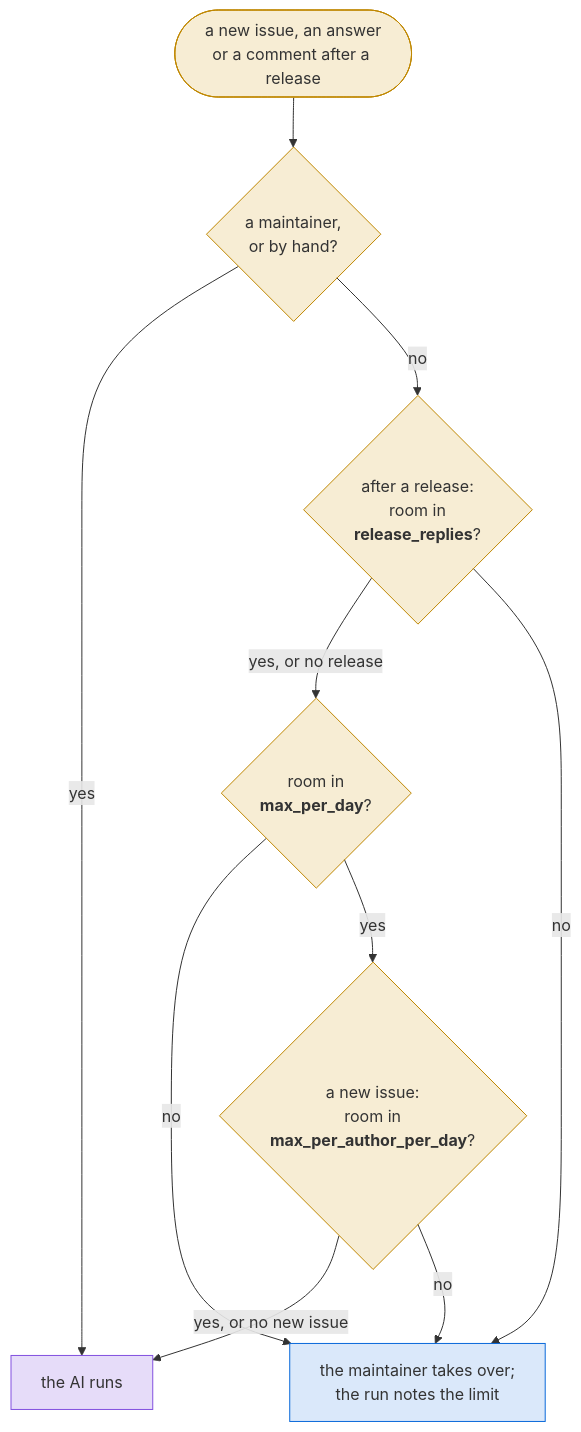
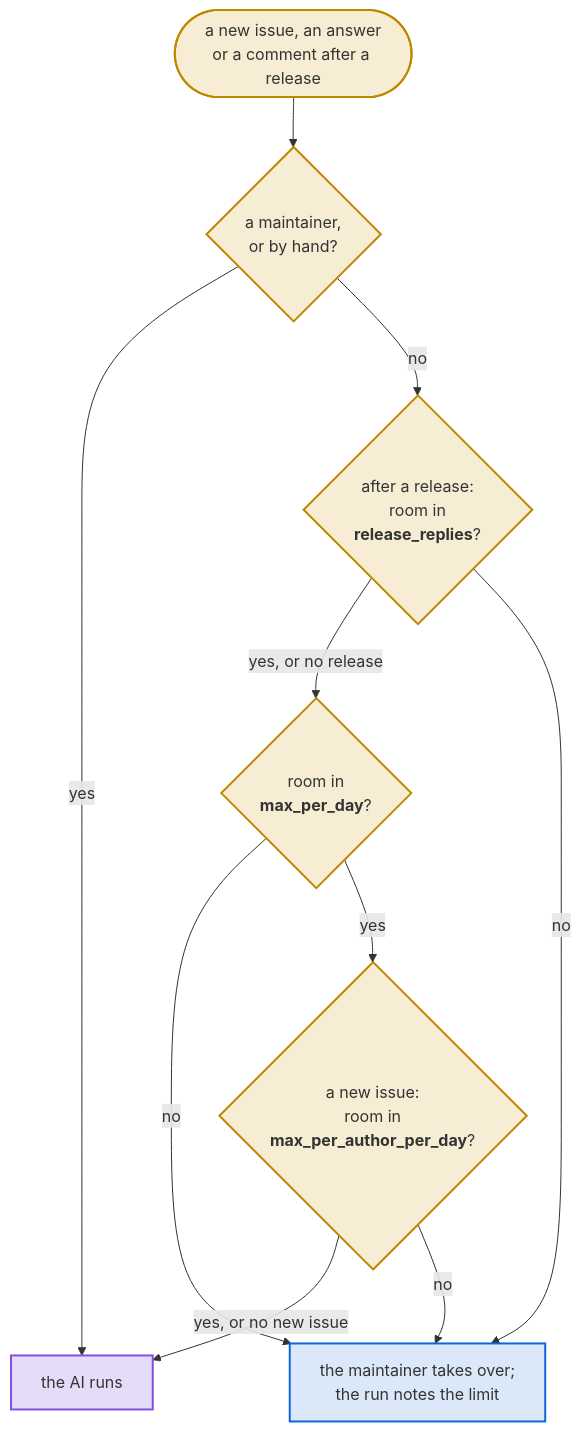
The seventh of 11 diagrams in README.md (Dennis-Otto/issue-assistant), drawn with Mermaid before and after one commit. The commit also changed other lines of this file and 4 other files, not shown here.

First line of the commit message:
docs: accessible top-to-bottom diagrams, and three new ones (#82)

````diff
--- a/README.md
+++ b/README.md
@@ -228,22 +293,22 @@
 ```mermaid
 flowchart TB
   accTitle: How the limits decide whether the AI runs
   accDescr: A new issue, an answer of the reporter or a comment of the reporter after a release asks for a run of the AI. When a maintainer asks, or someone runs the workflow by hand, the AI runs. For everyone else, a comment after a release needs the AI to have read fewer than release_replies comments of the reporter since the release. Then the day needs room: fewer than max_per_day new issues, follow-ups and replies after a release in the 24 hours before. A new issue also needs its reporter to have opened fewer than max_per_author_per_day issues in those 24 hours. Over a limit, the maintainer takes over, and the run notes which limit was reached.
   asks(["a new issue, an answer<br/>or a comment after a release"]) --> who{"a maintainer,<br/>or by hand?"}
   who -- "yes" --> runs["the AI runs"]
   who -- "no" --> release{"after a release:<br/>room in<br/><b>release_replies</b>?"}
   release -- "yes, or no release" --> day{"room in<br/><b>max_per_day</b>?"}
   release -- "no" --> waits["the maintainer takes over;<br/>the run notes the limit"]
   day -- "no" --> waits
   day -- "yes" --> new{"a new issue:<br/>room in<br/><b>max_per_author_per_day</b>?"}
   new -- "yes, or no new issue" --> runs
   new -- "no" --> waits
-  classDef trigger fill:#d4a72c33,stroke:#bf8700
-  classDef question fill:#d4a72c33,stroke:#bf8700
-  classDef ai fill:#8250df33,stroke:#8250df
-  classDef person fill:#0969da26,stroke:#0969da
+  classDef trigger fill:#d4a72c33,stroke:#bf8700,stroke-width:2px
+  classDef question fill:#d4a72c33,stroke:#bf8700,stroke-width:2px
+  classDef ai fill:#8250df33,stroke:#8250df,stroke-width:2px
+  classDef person fill:#0969da26,stroke:#0969da,stroke-width:2px
   class asks trigger
   class who,release,day,new question
   class runs ai
   class waits person
 ```
````
